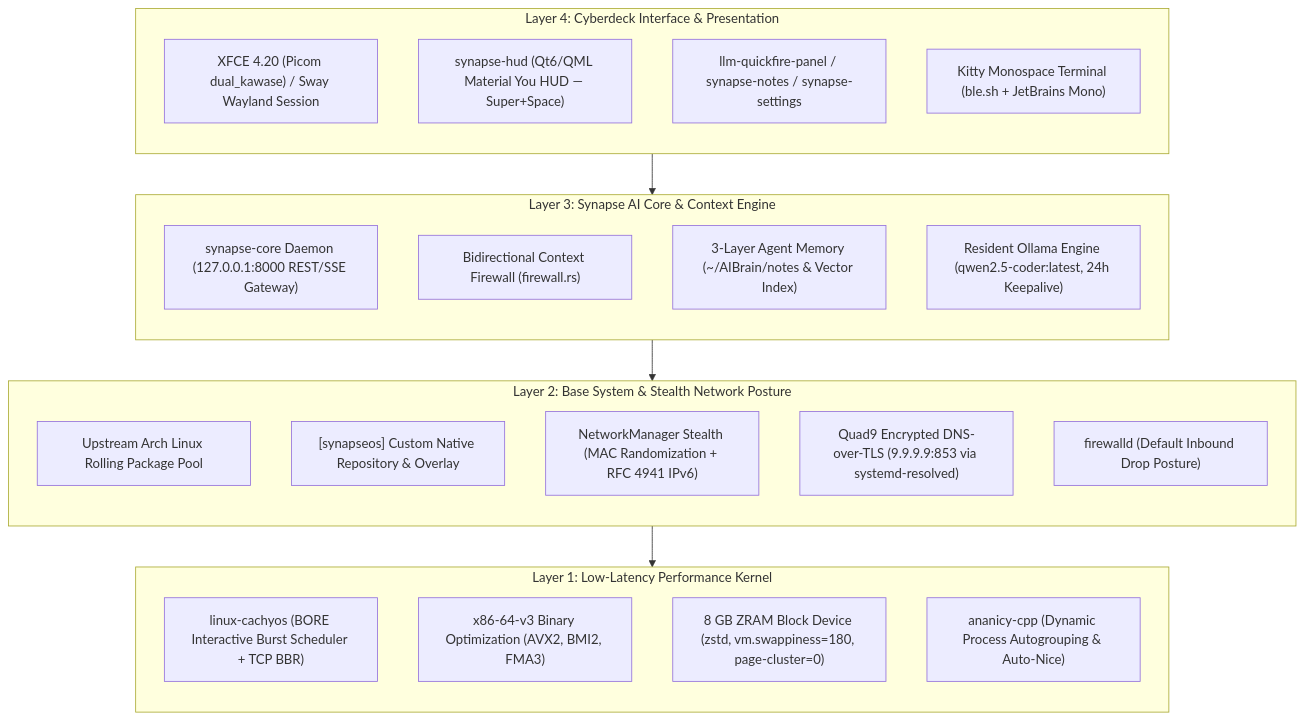
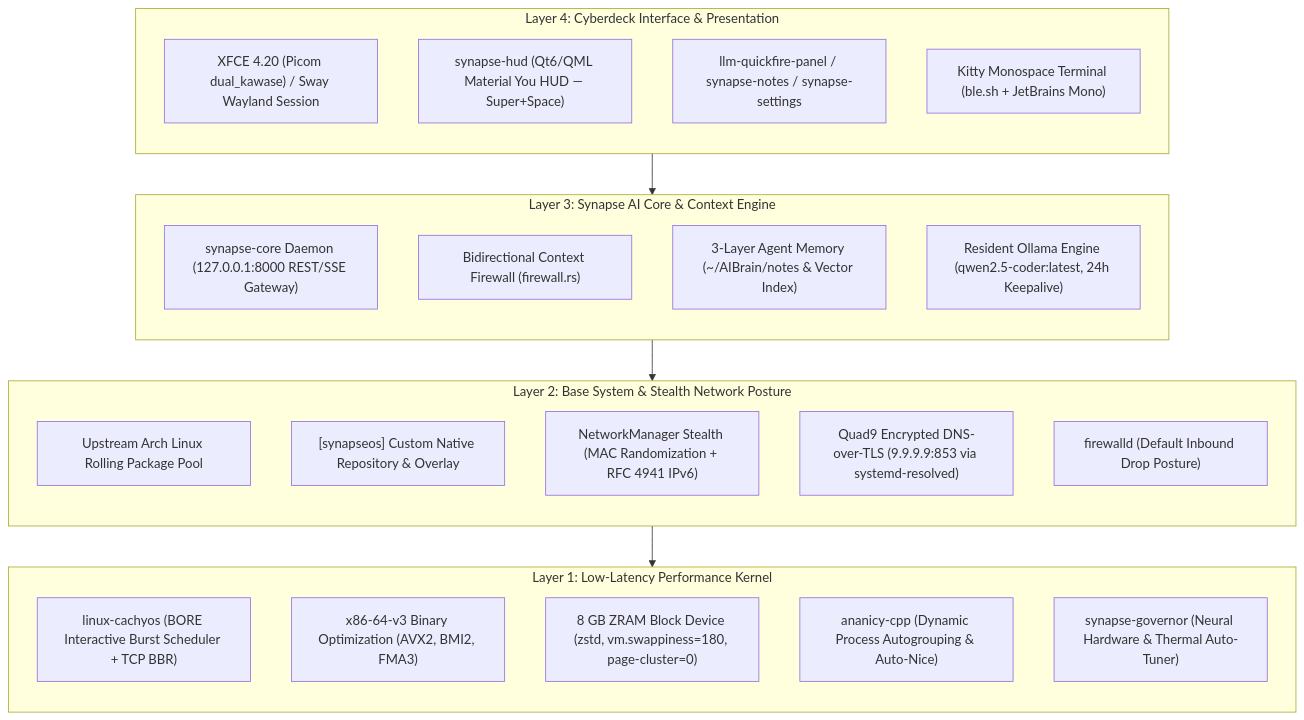
One commit to earnerbaymalay/synapseOS changed the first of 2 diagrams in README.md. Above: the diagram before and after it, drawn with Mermaid. The commit also changed other lines of this file and 5 other files, not shown here.

````diff
--- a/README.md
+++ b/README.md
@@ -38,39 +156,40 @@
 ```mermaid
 flowchart TD
     subgraph UI ["Layer 4: Cyberdeck Interface & Presentation"]
         direction TB
         COMP["XFCE 4.20 (Picom dual_kawase) / Sway Wayland Session"]
         HUD["synapse-hud (Qt6/QML Material You HUD — Super+Space)"]
         PANEL["llm-quickfire-panel / synapse-notes / synapse-settings"]
         TERM["Kitty Monospace Terminal (ble.sh + JetBrains Mono)"]
     end
 
     subgraph AI ["Layer 3: Synapse AI Core & Context Engine"]
         direction TB
         GW["synapse-core Daemon (127.0.0.1:8000 REST/SSE Gateway)"]
         CFW["Bidirectional Context Firewall (firewall.rs)"]
         MEM["3-Layer Agent Memory (~/AIBrain/notes & Vector Index)"]
         OLLAMA["Resident Ollama Engine (qwen2.5-coder:latest, 24h Keepalive)"]
     end
 
     subgraph OS ["Layer 2: Base System & Stealth Network Posture"]
         direction TB
         UPSTREAM["Upstream Arch Linux Rolling Package Pool"]
         OVERLAY["[synapseos] Custom Native Repository & Overlay"]
         SEC["NetworkManager Stealth (MAC Randomization + RFC 4941 IPv6)"]
         DNS["Quad9 Encrypted DNS-over-TLS (9.9.9.9:853 via systemd-resolved)"]
         FW["firewalld (Default Inbound Drop Posture)"]
     end
 
     subgraph KERN ["Layer 1: Low-Latency Performance Kernel"]
         direction TB
         CK["linux-cachyos (BORE Interactive Burst Scheduler + TCP BBR)"]
         V3["x86-64-v3 Binary Optimization (AVX2, BMI2, FMA3)"]
         ZRAM["8 GB ZRAM Block Device (zstd, vm.swappiness=180, page-cluster=0)"]
         ANAN["ananicy-cpp (Dynamic Process Autogrouping & Auto-Nice)"]
+        GOV["synapse-governor (Neural Hardware & Thermal Auto-Tuner)"]
     end
 
     UI --> AI
     AI --> OS
     OS --> KERN
 ```
````
